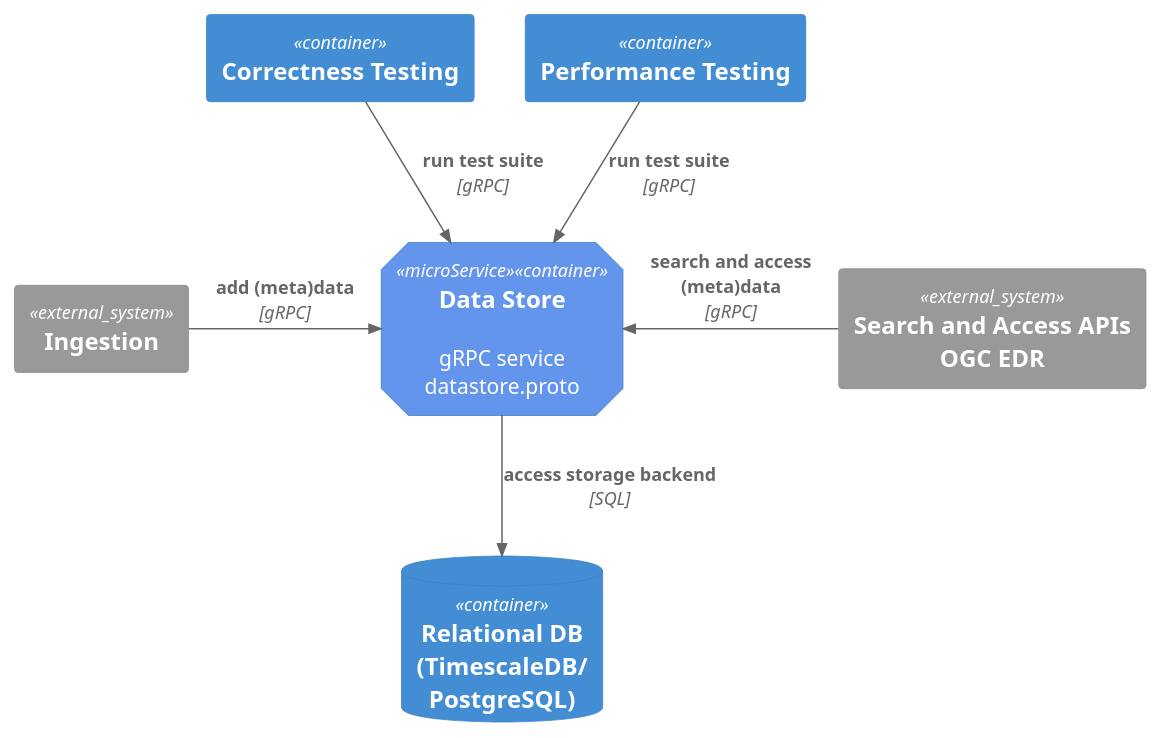
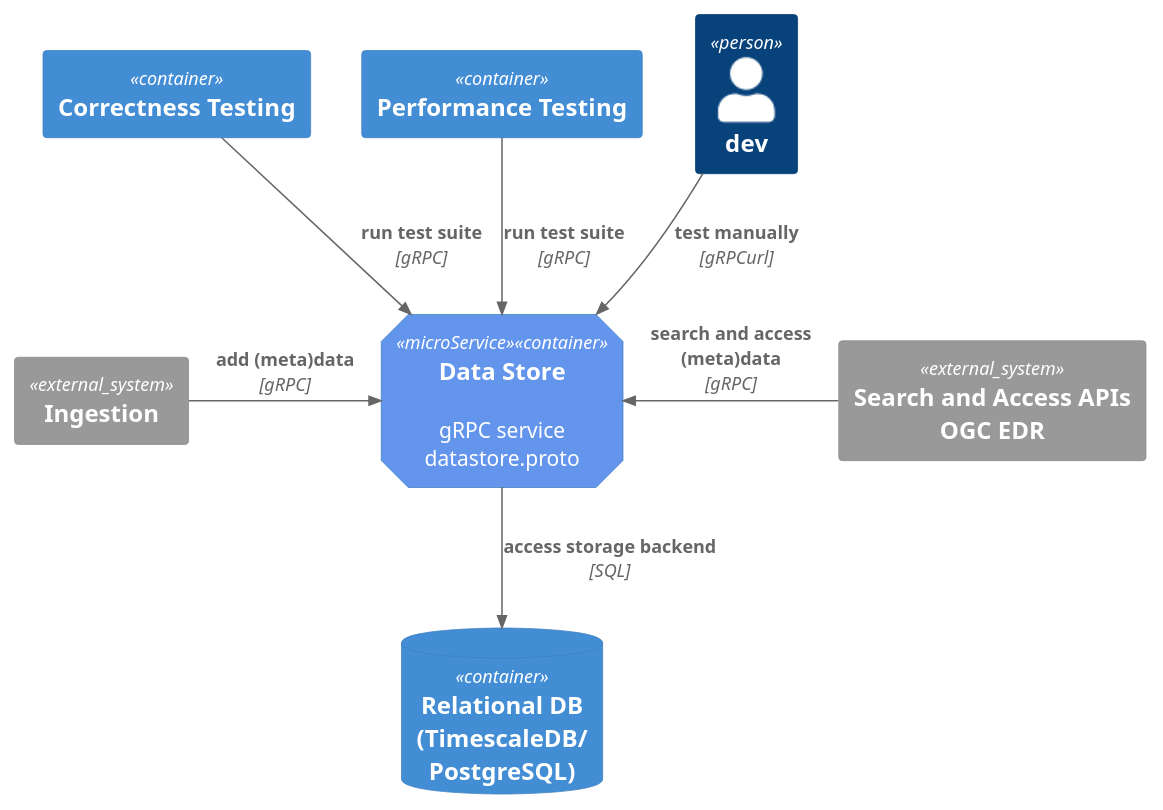
Before and after one commit to EURODEO/e-soh: the diagram in datastore-design/go-grpc-demo/docs/puml/datastore.puml, drawn with PlantUML. The commit also changed 1 other file, not shown here.

Commit message:
Added dev and image

```diff
--- a/datastore-design/go-grpc-demo/docs/puml/datastore.puml
+++ b/datastore-design/go-grpc-demo/docs/puml/datastore.puml
@@ -1,19 +1,21 @@
-@startuml "c4-container-relational-data-store-conventional"
+@startuml "c4-container-data-store"
 !include https://raw.githubusercontent.com/plantuml-stdlib/C4-PlantUML/master/C4_Container.puml
 
 AddElementTag("microService", $shape=EightSidedShape(), $bgColor="CornflowerBlue", $fontColor="white", $legendText="micro service\neight sided")
 
 ContainerDb(timescaledb, "Relational DB\n(TimescaleDB/\nPostgreSQL)")
 Container(datastore, "Data Store", "", "gRPC service\ndatastore.proto", $tags = "microService")
 Container(corrtest, "Correctness Testing", "", "")
 Container(perftest, "Performance Testing", "", "")
+Person(dev, "dev")
 System_Ext(ingestion, "Ingestion", "", "")
 System_Ext(edr, "Search and Access APIs\nOGC EDR", "", "")
 
 Rel(datastore, timescaledb, "access storage backend", "SQL")
 Rel_R(ingestion, datastore, "add (meta)data", "gRPC")
 Rel_L(edr, datastore, "search and access (meta)data", "gRPC")
+Rel(dev, datastore, "test manually", "gRPCurl")
 Rel(corrtest, datastore, "run test suite", "gRPC")
 Rel(perftest, datastore, "run test suite", "gRPC")
 
 @enduml
```
